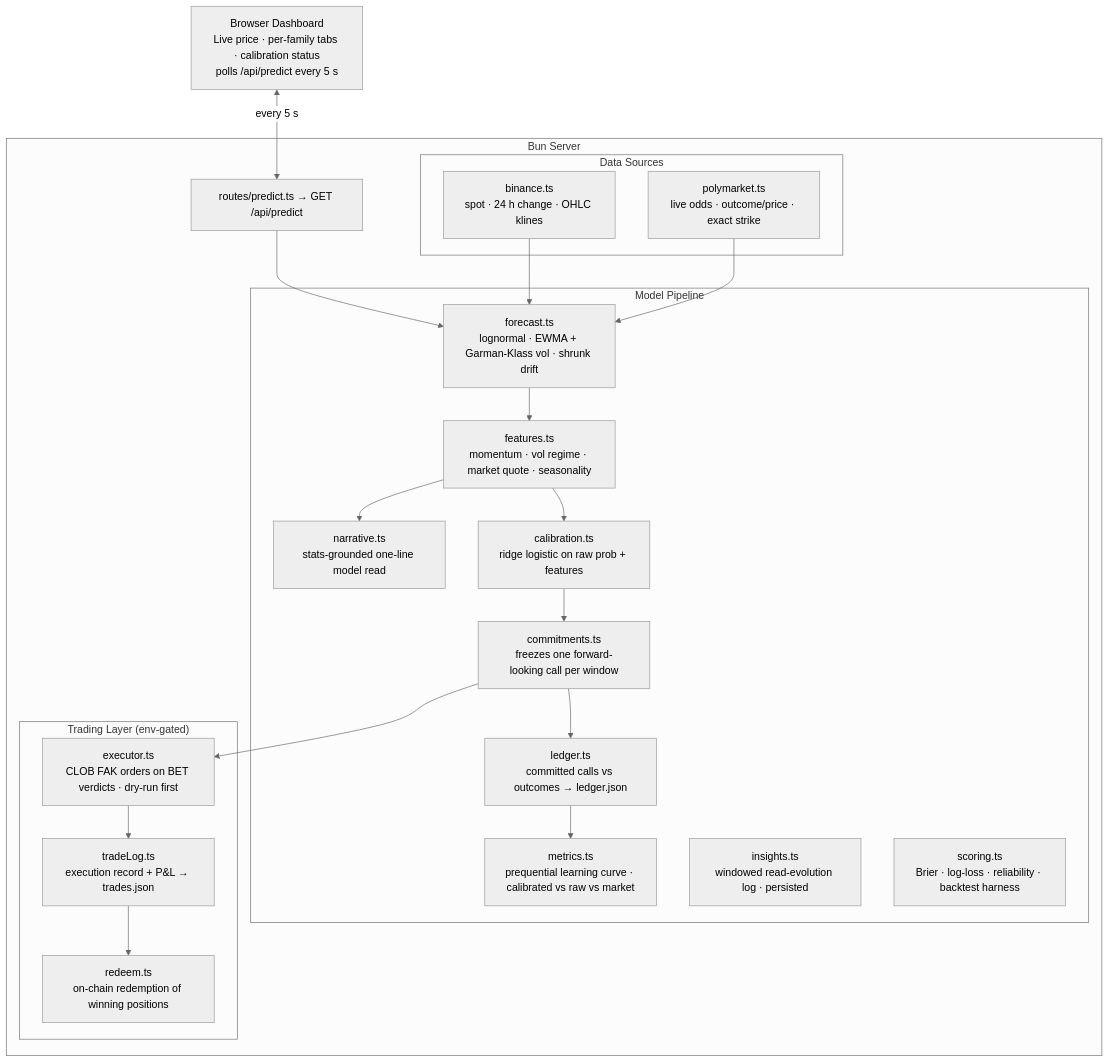
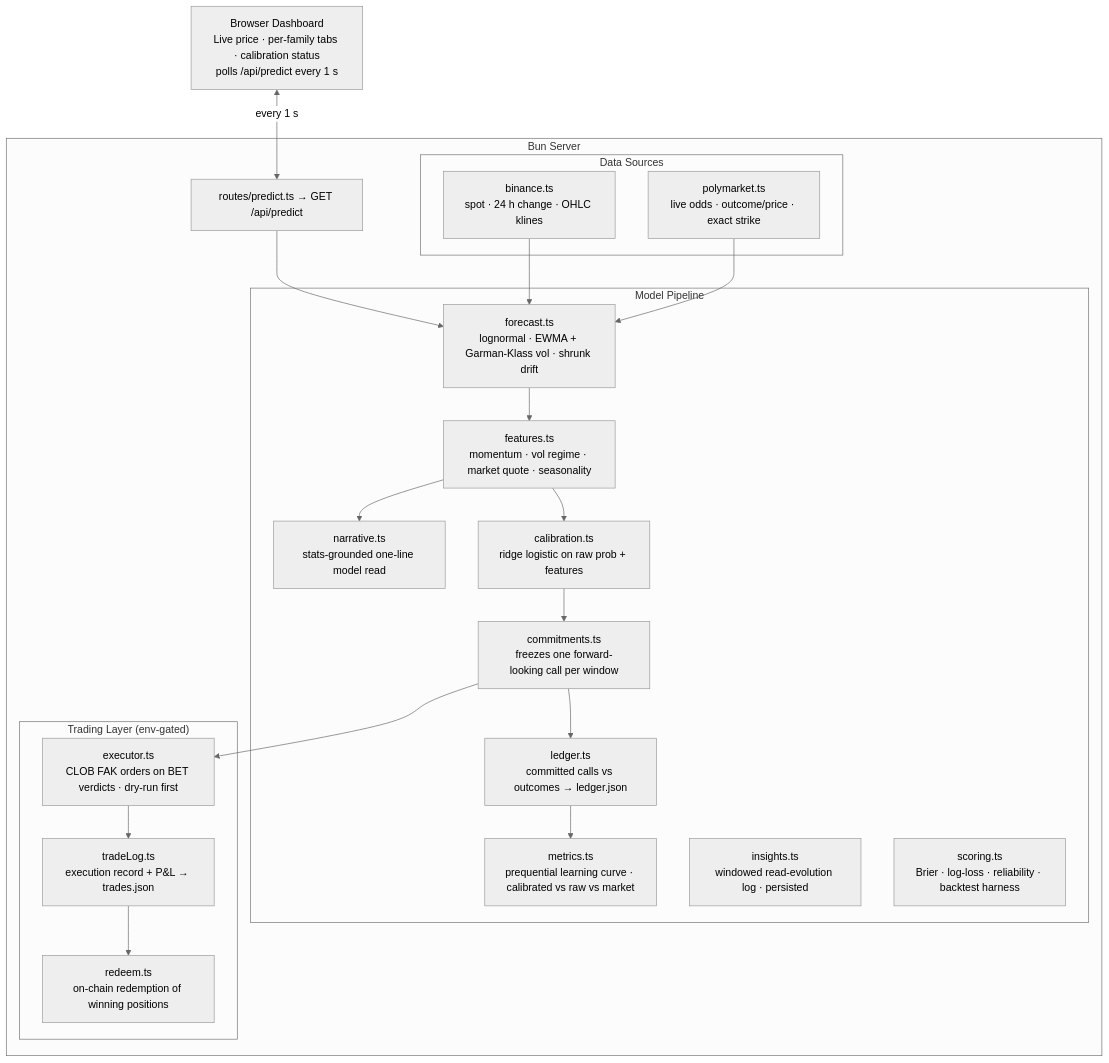
One commit to mjweaver01/crypto-predict changed the second of 2 diagrams in README.md. Above: the diagram before and after it, drawn with Mermaid (neutral theme). The commit also changed other lines of this file and 3 other files, not shown here.

````diff
--- a/README.md
+++ b/README.md
@@ -395,45 +388,45 @@
 ```mermaid
 graph TD
-    Browser["Browser Dashboard\nLive price · per-family tabs · calibration status\npolls /api/predict every 5 s"]
+    Browser["Browser Dashboard\nLive price · per-family tabs · calibration status\npolls /api/predict every 1 s"]
 
     subgraph server["Bun Server"]
         subgraph sources["Data Sources"]
             Binance["binance.ts\nspot · 24 h change · OHLC klines"]
             Poly["polymarket.ts\nlive odds · outcome/price · exact strike"]
         end
 
         subgraph model["Model Pipeline"]
             Forecast["forecast.ts\nlognormal · EWMA + Garman-Klass vol · shrunk drift"]
             Features["features.ts\nmomentum · vol regime · market quote · seasonality"]
             Narrative["narrative.ts\nstats-grounded one-line model read"]
             Commitments["commitments.ts\nfreezes one forward-looking call per window"]
             Calibration["calibration.ts\nridge logistic on raw prob + features"]
             Ledger["ledger.ts\ncommitted calls vs outcomes → ledger.json"]
             Metrics["metrics.ts\nprequential learning curve · calibrated vs raw vs market"]
             Insights["insights.ts\nwindowed read-evolution log · persisted"]
             Scoring["scoring.ts\nBrier · log-loss · reliability · backtest harness"]
         end
 
         subgraph trade["Trading Layer (env-gated)"]
             Executor["executor.ts\nCLOB FAK orders on BET verdicts · dry-run first"]
             TradeLog["tradeLog.ts\nexecution record + P&L → trades.json"]
             Redeem["redeem.ts\non-chain redemption of winning positions"]
         end
 
         Routes["routes/predict.ts → GET /api/predict"]
     end
 
-    Browser <-->|every 5 s| Routes
+    Browser <-->|every 1 s| Routes
     Routes --> Forecast
     Binance --> Forecast
     Poly --> Forecast
     Forecast --> Features
     Features --> Narrative
     Features --> Calibration
     Calibration --> Commitments
     Commitments --> Ledger
     Ledger --> Metrics
     Commitments --> Executor
     Executor --> TradeLog
     TradeLog --> Redeem
 ```
````
